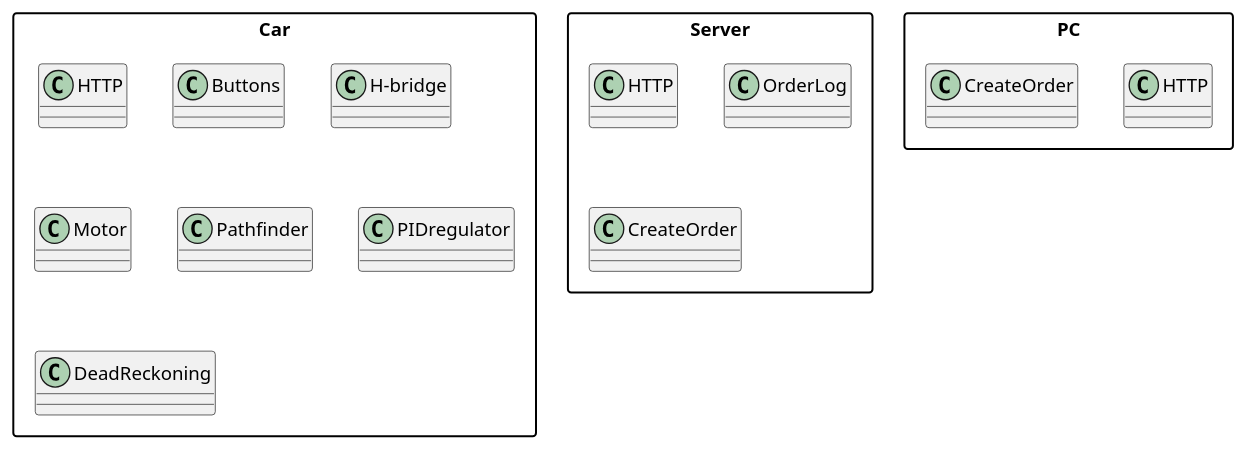
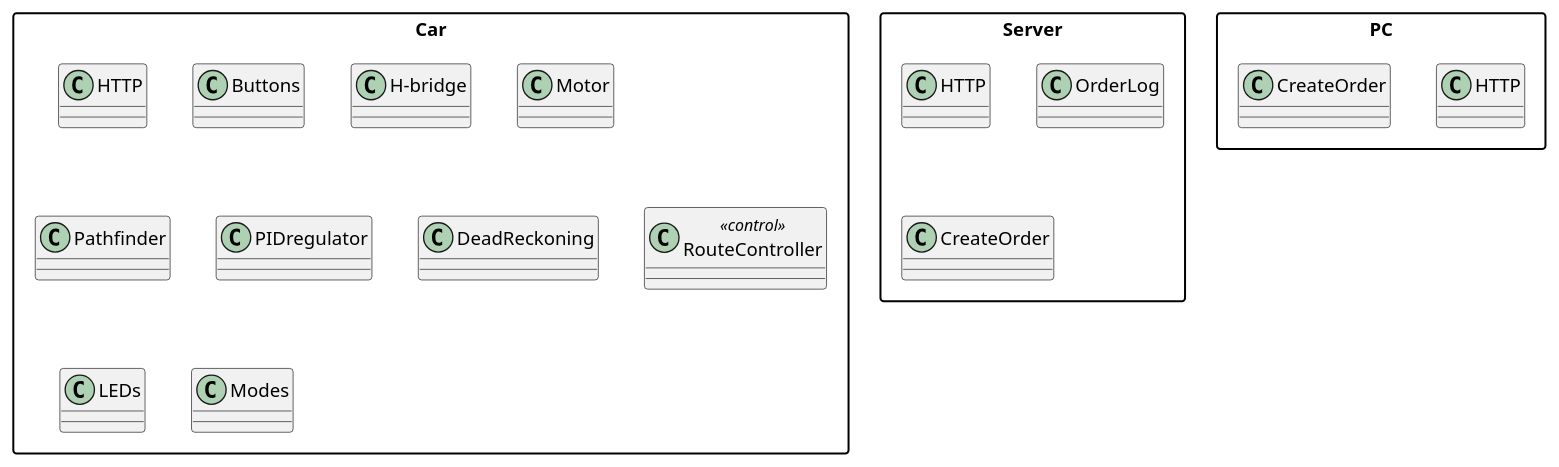
One commit to lineklemensen/PRJ3 changed the diagram in docs/diagrams/Plantuml/apModel/classes.puml. Above: the diagram before and after it, drawn with PlantUML. The commit also changed 3 other files, not shown here.

```diff
--- a/docs/diagrams/Plantuml/apModel/classes.puml
+++ b/docs/diagrams/Plantuml/apModel/classes.puml
@@ -1,40 +1,49 @@
 @startuml Classes
 
 skinparam {
     packageStyle rectangle
+    Linetype ortho
 }
 
 package "PC"
 {
     class HTTP
 
     class CreateOrder
 }
 
 package "Car"
 {
     class HTTP
 
     class "Buttons" as b
 
     class "H-bridge" as hb
 
     class "Motor" as m
 
     class "Pathfinder" as pf
 
     class "PIDregulator" as pid
 
     class "DeadReckoning" as dr
+
+    class "RouteController" as rc <<control>>
+
+    class "LEDs" as led
+
+    class "Modes" as md
 }
 
 package "Server"
 {
     class HTTP
 
     class "OrderLog" as ol
 
     class "CreateOrder" as co
 }
 
+
+
 @enduml
```
